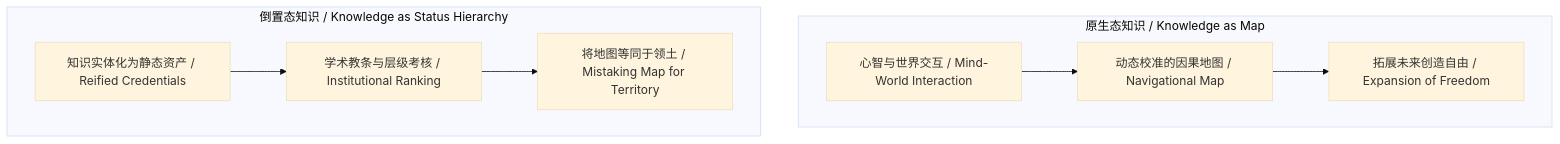
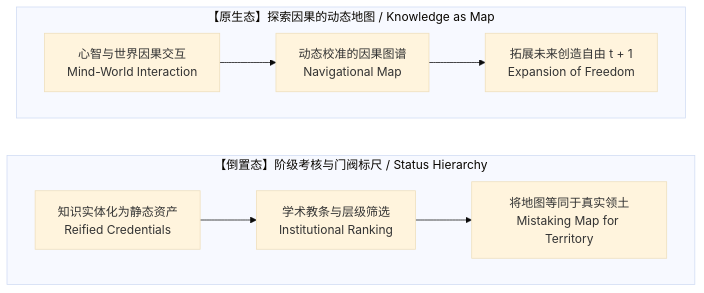
One commit to powerpig99/not-a-toe changed the fourth of 7 diagrams in content/posts/the-dissolution-of-the-great-reversal.md. Above: the diagram before and after it, drawn with Mermaid (base theme). The commit also changed other lines of this file, not shown here.

Commit message:
Optimize Post #314 Mermaid diagrams: enforce strict vertical stacking and compact multiline labels

````diff
--- a/content/posts/the-dissolution-of-the-great-reversal.md
+++ b/content/posts/the-dissolution-of-the-great-reversal.md
@@ -89,11 +98,14 @@
 ```mermaid
 flowchart TB
-    subgraph OriginK["原生态知识 / Knowledge as Map"]
-        K1["心智与世界交互 / Mind-World Interaction"] --> K2["动态校准的因果地图 / Navigational Map"]
-        K2 --> K3["拓展未来创造自由 / Expansion of Freedom"]
+    subgraph OriginK["【原生态】探索因果的动态地图 / Knowledge as Map"]
+        K1["心智与世界因果交互<br/>Mind-World Interaction"] --> K2["动态校准的因果图谱<br/>Navigational Map"]
+        K2 --> K3["拓展未来创造自由 t + 1<br/>Expansion of Freedom"]
     end
-    subgraph InversionK["倒置态知识 / Knowledge as Status Hierarchy"]
-        J1["知识实体化为静态资产 / Reified Credentials"] --> J2["学术教条与层级考核 / Institutional Ranking"]
-        J2 --> J3["将地图等同于领土 / Mistaking Map for Territory"]
+
+    OriginK ~~~ InversionK
+
+    subgraph InversionK["【倒置态】阶级考核与门阀标尺 / Status Hierarchy"]
+        J1["知识实体化为静态资产<br/>Reified Credentials"] --> J2["学术教条与层级筛选<br/>Institutional Ranking"]
+        J2 --> J3["将地图等同于真实领土<br/>Mistaking Map for Territory"]
     end
 ```
````
